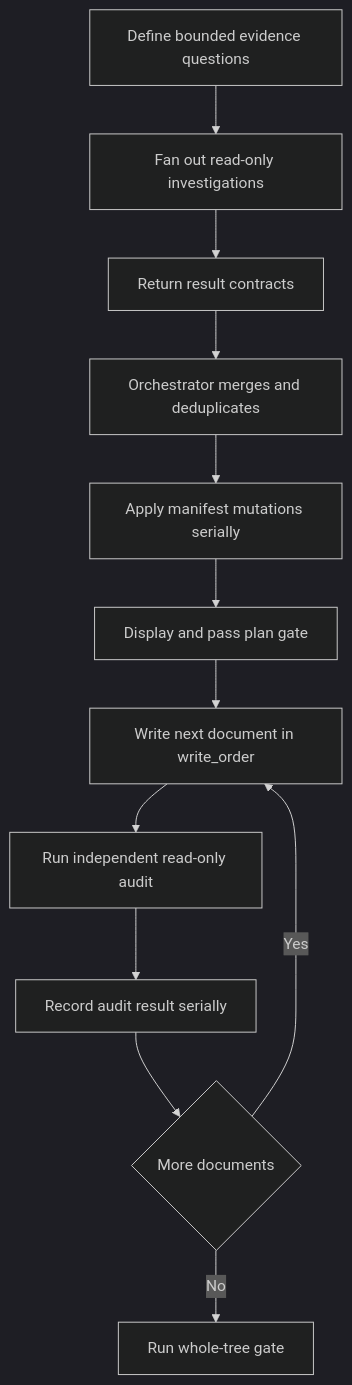
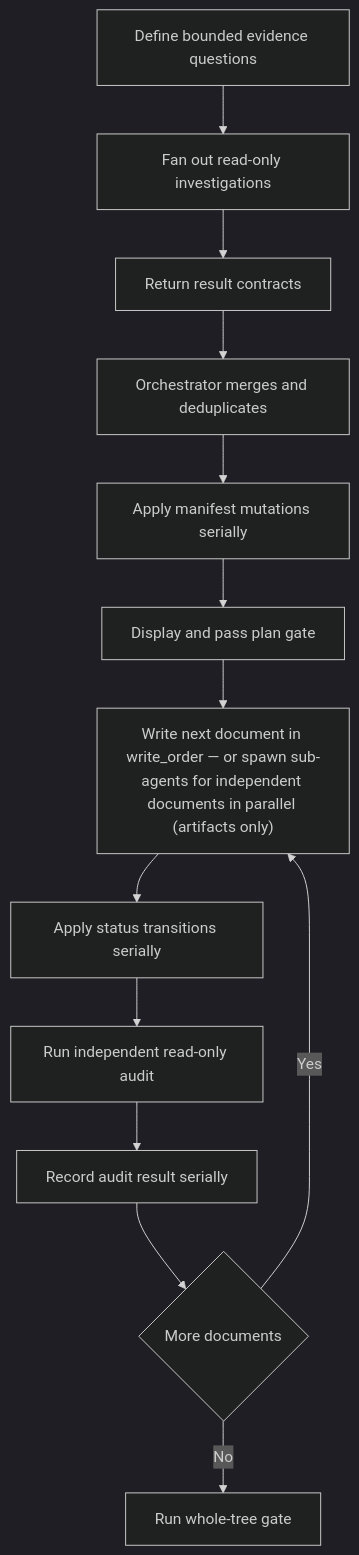
One commit to jonaskahn/docforge changed the diagram in skills/docforge/_shared/references/parallel-execution.md. Above: the diagram before and after it, drawn with Mermaid (dark theme). The commit also changed other lines of this file and 2 other files, not shown here.

Commit message:
enhance: spawn more parallel agents when able

````diff
--- a/skills/docforge/_shared/references/parallel-execution.md
+++ b/skills/docforge/_shared/references/parallel-execution.md
@@ -25,14 +35,15 @@
 ```mermaid
 flowchart TD
     A["Define bounded evidence questions"] --> B["Fan out read-only investigations"]
     B --> C["Return result contracts"]
     C --> D["Orchestrator merges and deduplicates"]
     D --> E["Apply manifest mutations serially"]
     E --> F["Display and pass plan gate"]
-    F --> G["Write next document in write_order"]
-    G --> H["Run independent read-only audit"]
-    H --> I["Record audit result serially"]
-    I --> J{"More documents"}
-    J -->|Yes| G
-    J -->|No| K["Run whole-tree gate"]
+    F --> G["Write next document in write_order — or spawn sub-agents for independent documents in parallel (artifacts only)"]
+    G --> H["Apply status transitions serially"]
+    H --> I["Run independent read-only audit"]
+    I --> J["Record audit result serially"]
+    J --> K{"More documents"}
+    K -->|Yes| G
+    K -->|No| L["Run whole-tree gate"]
 ```
````
